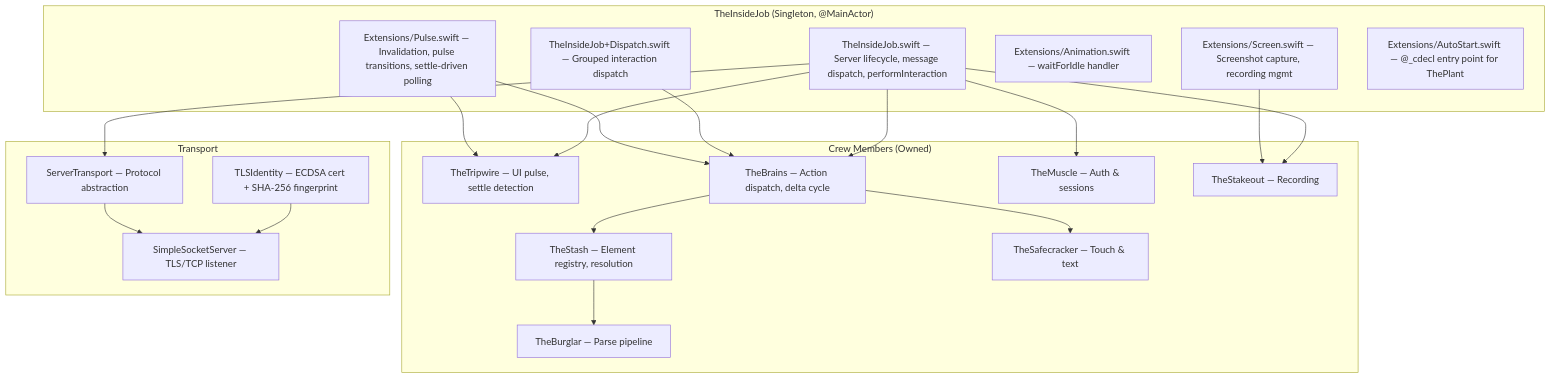
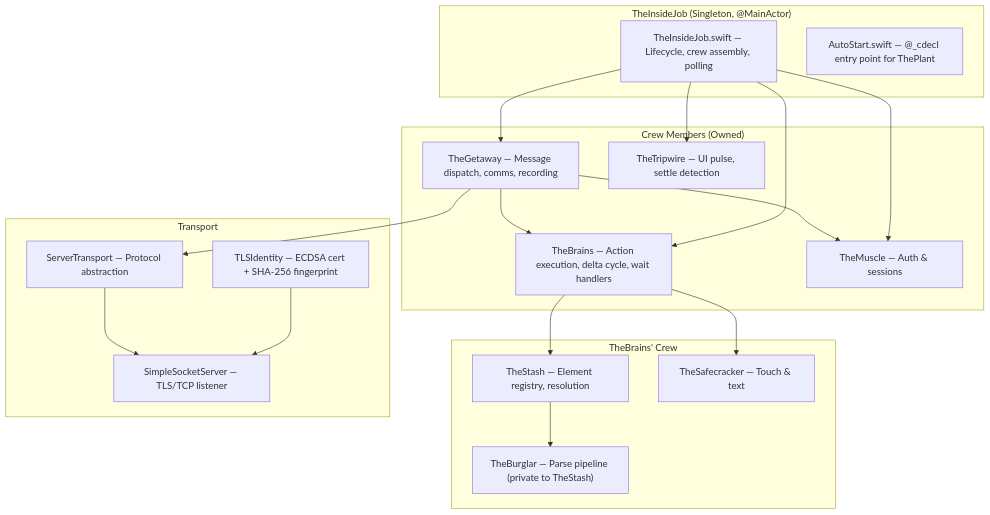
The first of 5 diagrams in docs/dossiers/07-THEINSIDEJOB.md (RoyalPineapple/TheButtonHeist), drawn with Mermaid before and after one commit. The commit also changed other lines of this file and 70 other files, not shown here.

First line of the commit message:
Reorganize Sources/, extract TheGetaway, tighten crew boundaries (#291)

````diff
--- a/docs/dossiers/07-THEINSIDEJOB.md
+++ b/docs/dossiers/07-THEINSIDEJOB.md
@@ -25,42 +22,39 @@
 ```mermaid
 graph TD
     subgraph TheInsideJob["TheInsideJob (Singleton, @MainActor)"]
-        Core["TheInsideJob.swift — Server lifecycle, message dispatch, performInteraction"]
-        Dispatch["TheInsideJob+Dispatch.swift — Grouped interaction dispatch"]
-        Pulse["Extensions/Pulse.swift — Invalidation, pulse transitions, settle-driven polling"]
-        Anim["Extensions/Animation.swift — waitForIdle handler"]
-        Screen["Extensions/Screen.swift — Screenshot capture, recording mgmt"]
-        Auto["Extensions/AutoStart.swift — @_cdecl entry point for ThePlant"]
+        Core["TheInsideJob.swift — Lifecycle, crew assembly, polling"]
+        Auto["AutoStart.swift — @_cdecl entry point for ThePlant"]
     end
 
     subgraph Crew["Crew Members (Owned)"]
+        Getaway["TheGetaway — Message dispatch, comms, recording"]
         Tripwire["TheTripwire — UI pulse, settle detection"]
-        Brains["TheBrains — Action dispatch, delta cycle"]
+        Brains["TheBrains — Action execution, delta cycle, wait handlers"]
+        Muscle["TheMuscle — Auth & sessions"]
+    end
+
+    subgraph BrainsCrew["TheBrains' Crew"]
         Stash["TheStash — Element registry, resolution"]
-        Burglar["TheBurglar — Parse pipeline"]
-        Muscle["TheMuscle — Auth & sessions"]
+        Burglar["TheBurglar — Parse pipeline (private to TheStash)"]
         Safecracker["TheSafecracker — Touch & text"]
-        Stakeout["TheStakeout — Recording"]
     end
 
     subgraph Transport["Transport"]
         Server["SimpleSocketServer — TLS/TCP listener"]
         STransport["ServerTransport — Protocol abstraction"]
         TLS["TLSIdentity — ECDSA cert + SHA-256 fingerprint"]
     end
 
     TLS --> Server
     STransport --> Server
+    Core --> Getaway
     Core --> Muscle
-    Core --> Stakeout
     Core --> Tripwire
     Core --> Brains
+    Getaway --> Muscle
+    Getaway --> Brains
+    Getaway --> STransport
     Brains --> Stash
     Brains --> Safecracker
     Stash --> Burglar
-    Core --> STransport
-    Dispatch --> Brains
-    Pulse --> Brains
-    Pulse --> Tripwire
-    Screen --> Stakeout
 ```
````
